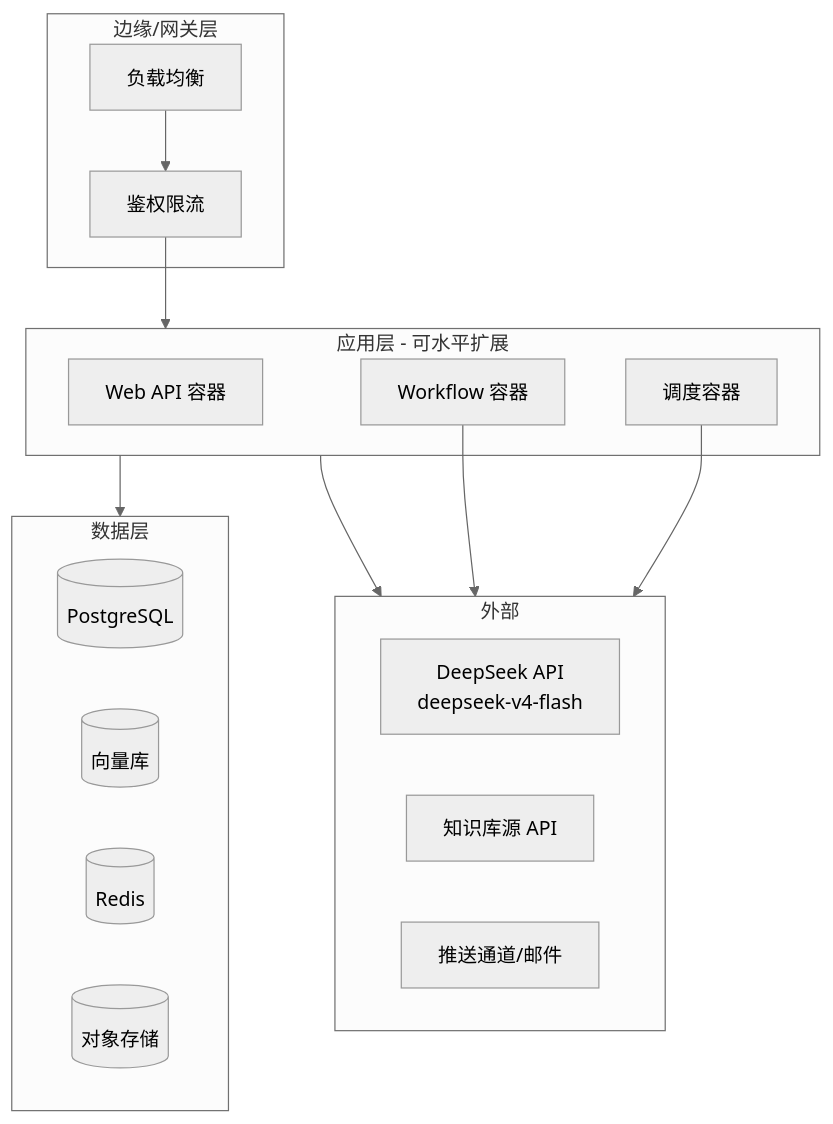
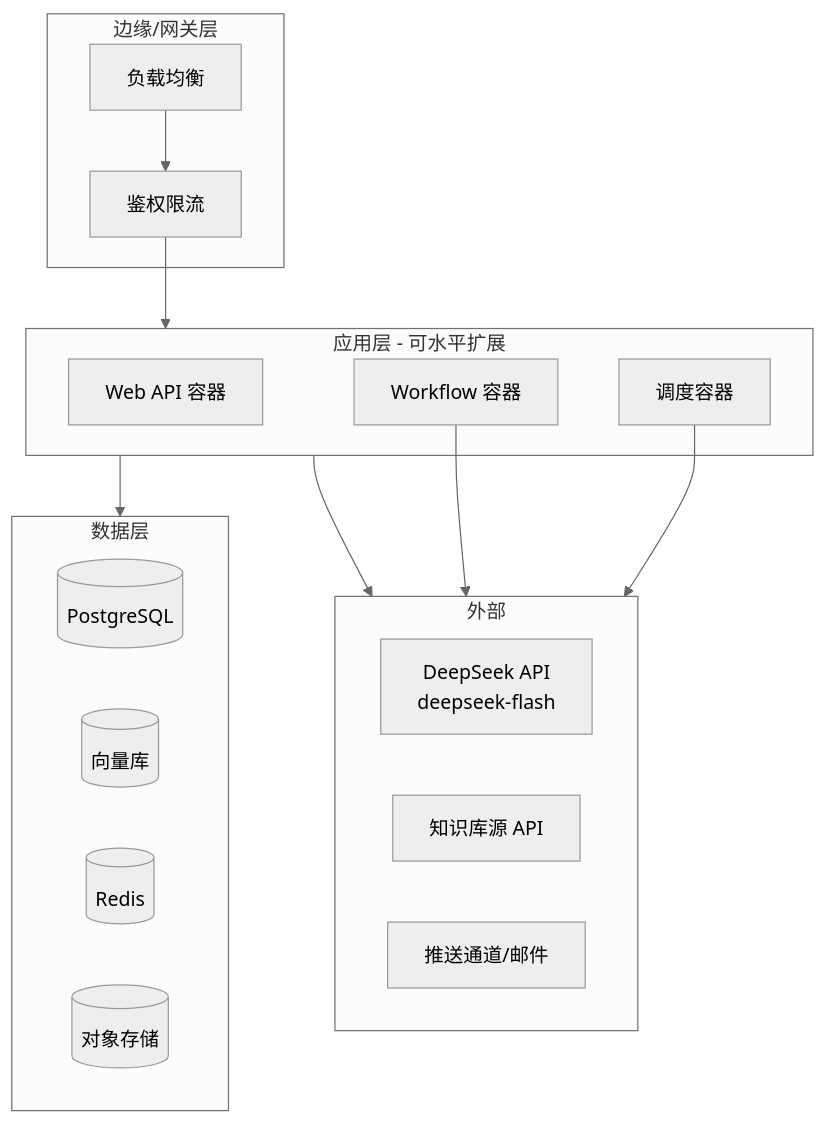
Before and after one commit to Curtainorange/knowledge-agent: the ninth of 9 diagrams in docs/系统设计文档.md, drawn with Mermaid (neutral theme). The commit also changed other lines of this file and 15 other files, not shown here.

````diff
--- a/docs/系统设计文档.md
+++ b/docs/系统设计文档.md
@@ -1193,28 +1193,28 @@
 ```mermaid
 flowchart TB
     subgraph Edge[边缘/网关层]
         LB[负载均衡]
         Auth[鉴权限流]
     end
     subgraph App[应用层 - 可水平扩展]
         API[Web API 容器]
         Work[Workflow 容器]
         Sched[调度容器]
     end
     subgraph Data[数据层]
         PG[(PostgreSQL)]
         VDB[(向量库)]
         RD[(Redis)]
         OBJ[(对象存储)]
     end
     subgraph Ext[外部]
-        DS[DeepSeek API<br/>deepseek-v4-flash]
+        DS[DeepSeek API<br/>deepseek-flash]
         KBSRC[知识库源 API]
         PUSH[推送通道/邮件]
     end
     LB --> Auth --> App
     App --> Data
     Work --> Ext
     Sched --> Ext
     App --> Ext
 ```
````
